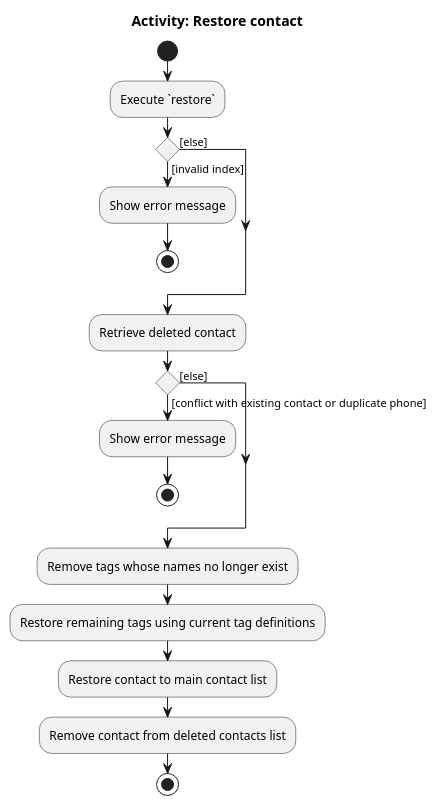
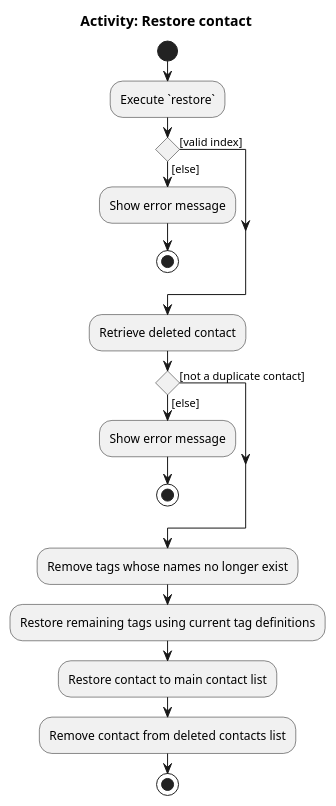
Before and after one commit to AY2526S2-CS2103-T11-1/tp: the diagram in diagrams/RestoreActivityDiagram.puml, drawn with PlantUML. The commit also changed 38 other files, not shown here.

```diff
--- a/diagrams/RestoreActivityDiagram.puml
+++ b/diagrams/RestoreActivityDiagram.puml
@@ -1,28 +1,28 @@
 @startuml
 title Activity: Restore contact
 
 start
 
 :Execute `restore`;
 
-if () then ([invalid index])
+if () then ([valid index])
+else ([else])
     :Show error message;
     stop
-else ([else])
 endif
 
 :Retrieve deleted contact;
 
-if () then ([conflict with existing contact or duplicate phone])
+if () then ([not a duplicate contact])
+else ([else])
     :Show error message;
     stop
-else ([else])
 endif
 
 :Remove tags whose names no longer exist;
 :Restore remaining tags using current tag definitions;
 :Restore contact to main contact list;
 :Remove contact from deleted contacts list;
 
 stop
 @enduml
```
